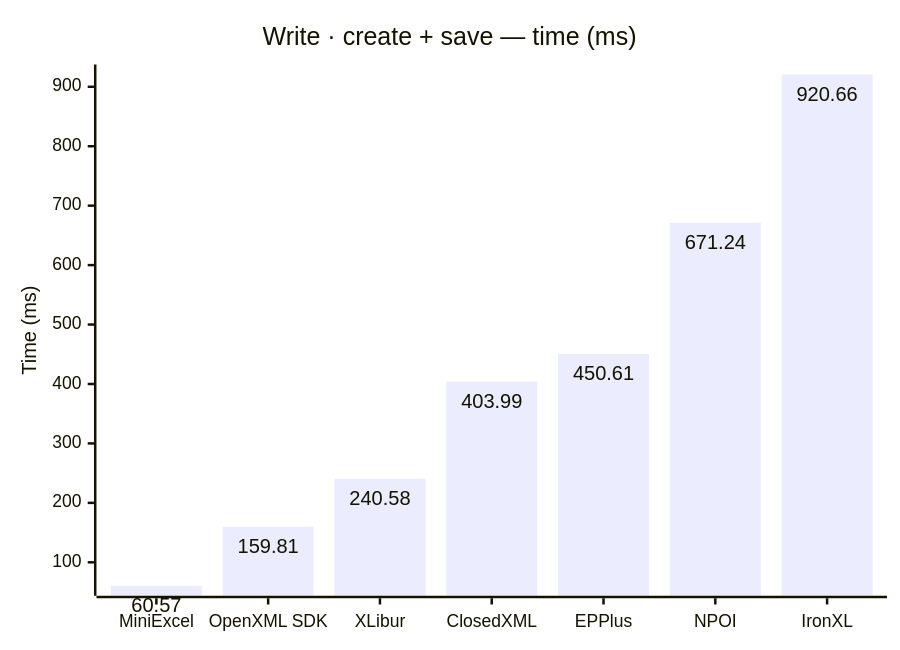
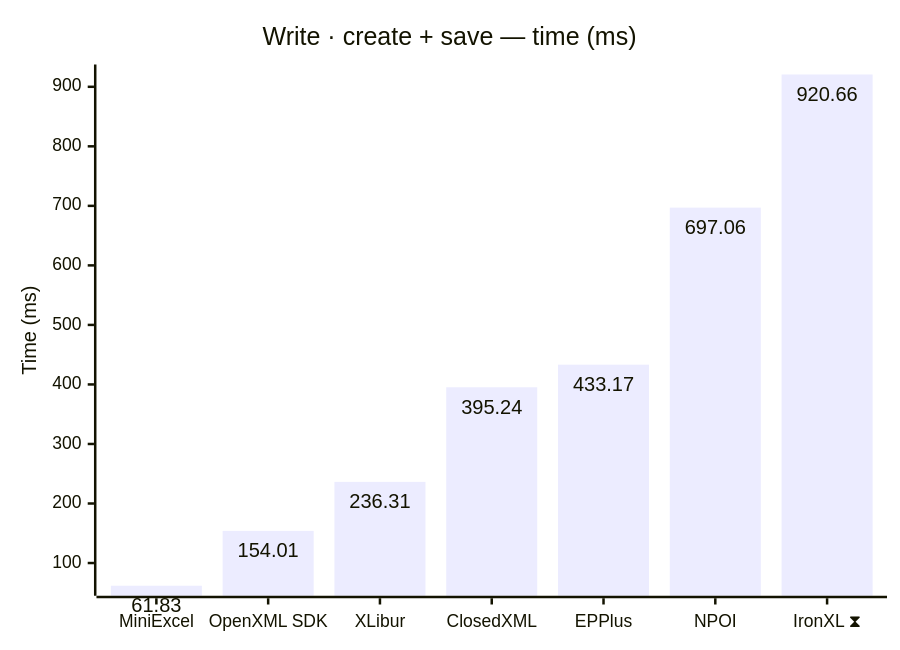
One commit to jafin/XLBench changed the fifth of 10 diagrams in docs/results.md. Above: the diagram before and after it, drawn with Mermaid. The commit also changed other lines of this file and 2 other files, not shown here.

First line of the commit message:
docs: refresh benchmark results on XLibur 0.300.0

````diff
--- a/docs/results.md
+++ b/docs/results.md
@@ -87,12 +91,12 @@
 ```mermaid
 ---
 config:
   xyChart:
     showDataLabel: true
 ---
 xychart-beta
     title "Write · create + save — time (ms)"
-    x-axis ["MiniExcel", "OpenXML SDK", "XLibur", "ClosedXML", "EPPlus", "NPOI", "IronXL"]
+    x-axis ["MiniExcel", "OpenXML SDK", "XLibur", "ClosedXML", "EPPlus", "NPOI", "IronXL ⧗"]
     y-axis "Time (ms)"
-    bar [60.57, 159.81, 240.58, 403.99, 450.61, 671.24, 920.66]
+    bar [61.83, 154.01, 236.31, 395.24, 433.17, 697.06, 920.66]
 ```
````
